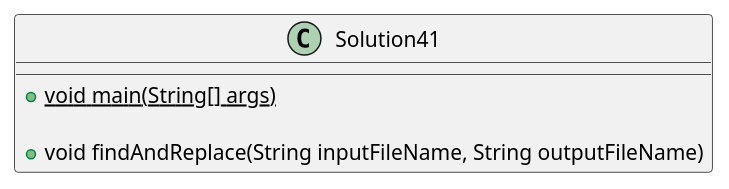
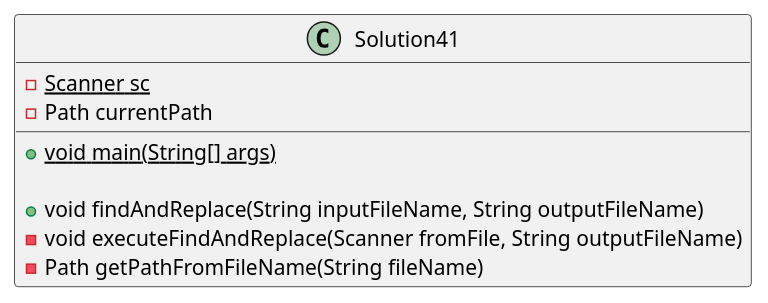
The diagram in exercise45/docs/class_diagram.puml (ethandrzb/thomas-a04), drawn with PlantUML before and after one commit. The commit also changed 4 other files, not shown here.

Commit message:
Finished Solution45 Updated class_diagram.puml accordingly

```diff
--- a/exercise45/docs/class_diagram.puml
+++ b/exercise45/docs/class_diagram.puml
@@ -1,11 +1,16 @@
 @startuml
 'https://plantuml.com/class-diagram
 
 class Solution41
 {
+    -{static}Scanner sc
+    -Path currentPath
+
     +{static} void main(String[] args)
 
     +void findAndReplace(String inputFileName, String outputFileName)
+    -void executeFindAndReplace(Scanner fromFile, String outputFileName)
+    -Path getPathFromFileName(String fileName)
 }
 
 @enduml
```
